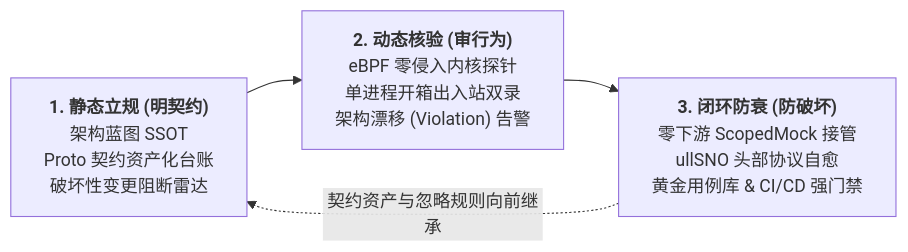
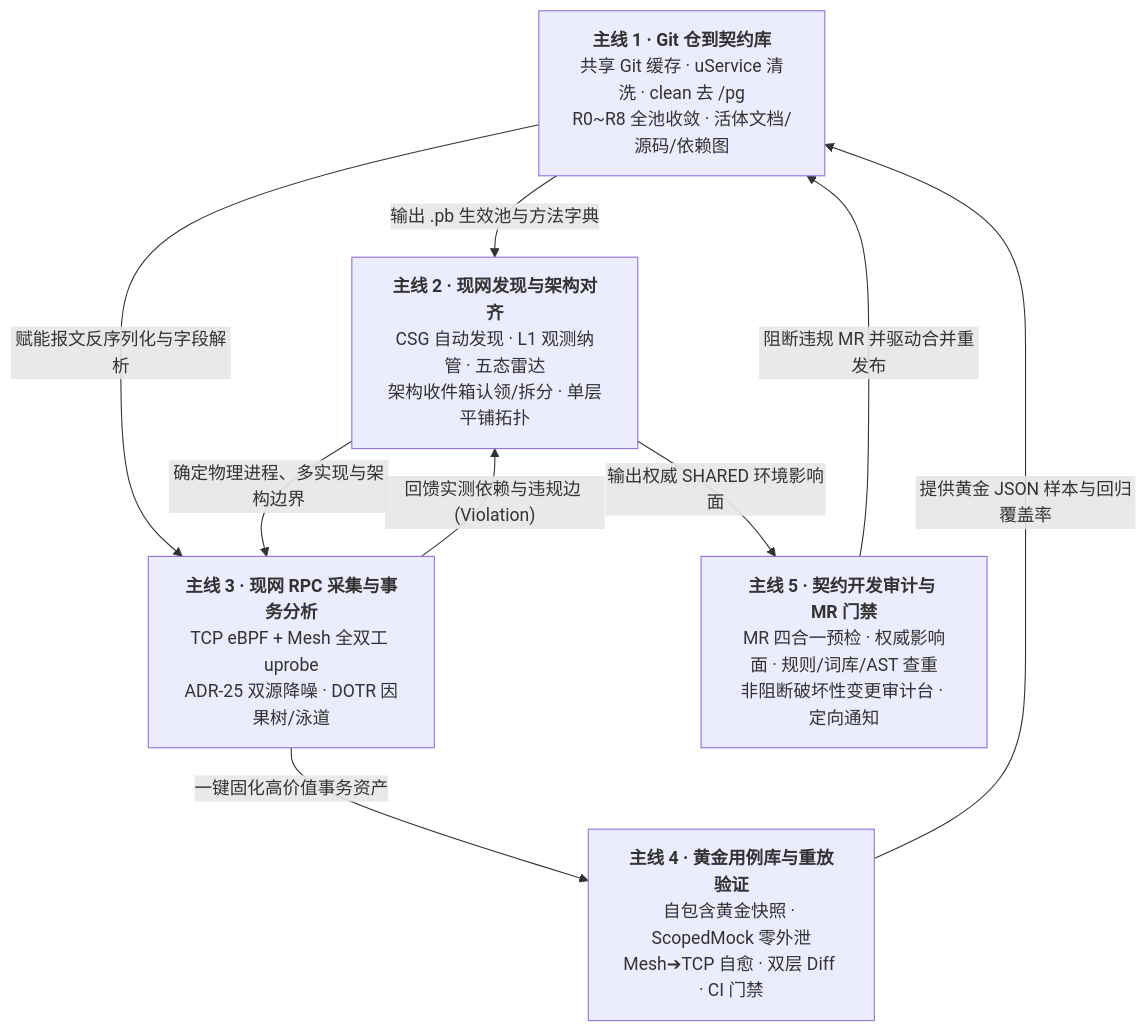
One commit to fugui/code-contract changed the first of 2 diagrams in README.md. Above: the diagram before and after it, drawn with Mermaid. The commit also changed other lines of this file and 11 other files, not shown here.

````diff
--- a/README.md
+++ b/README.md
@@ -19,6 +20,17 @@
 ```mermaid
-flowchart LR
-    A["<b>1. 静态立规 (明契约)</b><br/>架构蓝图 SSOT<br/>Proto 契约资产化台账<br/>破坏性变更阻断雷达"] --> B["<b>2. 动态核验 (审行为)</b><br/>eBPF 零侵入内核探针<br/>单进程开箱出入站双录<br/>架构漂移 (Violation) 告警"]
-    B --> C["<b>3. 闭环防衰 (防破坏)</b><br/>零下游 ScopedMock 接管<br/>ullSNO 头部协议自愈<br/>黄金用例库 & CI/CD 强门禁"]
-    C -. "契约资产与忽略规则向前继承" .-> A
+flowchart TB
+    L1["<b>主线 1 · Git 仓到契约库</b><br/>共享 Git 缓存 · uService 清洗 · clean 去 /pg<br/>R0~R8 全池收敛 · 活体文档/源码/依赖图"]
+    L2["<b>主线 2 · 现网发现与架构对齐</b><br/>CSG 自动发现 · L1 观测纳管 · 五态雷达<br/>架构收件箱认领/拆分 · 单层平铺拓扑"]
+    L3["<b>主线 3 · 现网 RPC 采集与事务分析</b><br/>TCP eBPF + Mesh 全双工 uprobe<br/>ADR-25 双源降噪 · DOTR 因果树/泳道"]
+    L4["<b>主线 4 · 黄金用例库与重放验证</b><br/>自包含黄金快照 · ScopedMock 零外泄<br/>Mesh➔TCP 自愈 · 双层 Diff · CI 门禁"]
+    L5["<b>主线 5 · 契约开发审计与 MR 门禁</b><br/>MR 四合一预检 · 权威影响面 · 规则/词库/AST 查重<br/>非阻断破坏性变更审计台 · 定向通知"]
+
+    L1 -- "输出 .pb 生效池与方法字典" --> L2
+    L1 -- "赋能报文反序列化与字段解析" --> L3
+    L2 -- "确定物理进程、多实现与架构边界" --> L3
+    L3 -- "回馈实测依赖与违规边 (Violation)" --> L2
+    L3 -- "一键固化高价值事务资产" --> L4
+    L4 -- "提供黄金 JSON 样本与回归覆盖率" --> L1
+    L2 -- "输出权威 SHARED 环境影响面" --> L5
+    L5 -- "阻断违规 MR 并驱动合并重发布" --> L1
 ```
````
